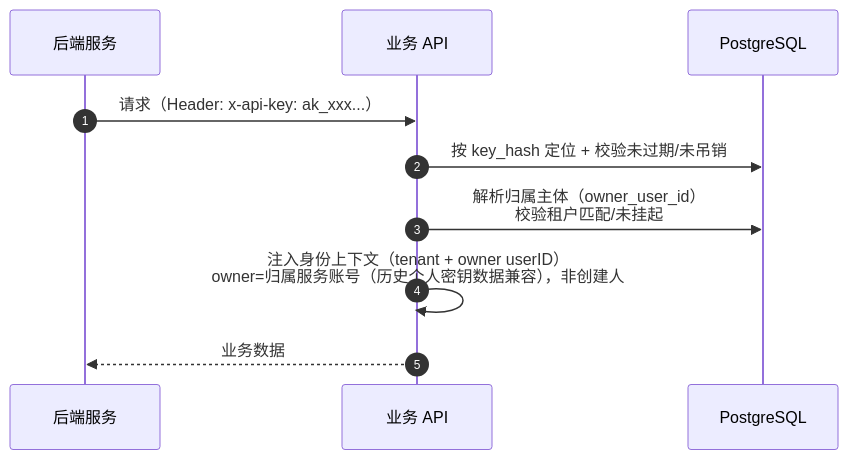
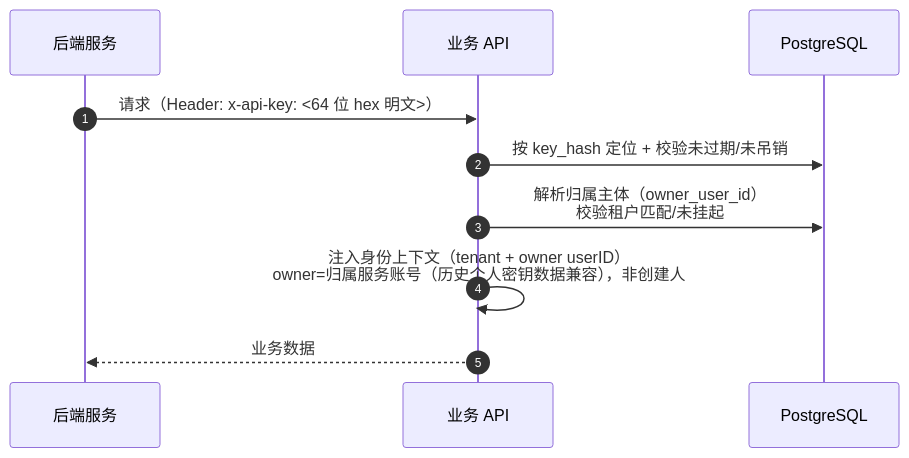
One commit to morehao/ark-iam changed the tenth of 15 diagrams in docs/design/system-design.md. Above: the diagram before and after it, drawn with Mermaid. The commit also changed other lines of this file and 100 other files, not shown here.

````diff
--- a/docs/design/system-design.md
+++ b/docs/design/system-design.md
@@ -714,13 +772,13 @@
 ```mermaid
 sequenceDiagram
     autonumber
     participant SVC as 后端服务
     participant API as 业务 API
     participant DB as PostgreSQL
 
-    SVC->>API: 请求（Header: x-api-key: ak_xxx...）
+    SVC->>API: 请求（Header: x-api-key: <64 位 hex 明文>）
     API->>DB: 按 key_hash 定位 + 校验未过期/未吊销
     API->>DB: 解析归属主体（owner_user_id）<br/>校验租户匹配/未挂起
     API->>API: 注入身份上下文（tenant + owner userID）<br/>owner=归属服务账号（历史个人密钥数据兼容），非创建人
     API-->>SVC: 业务数据
 ```
````
